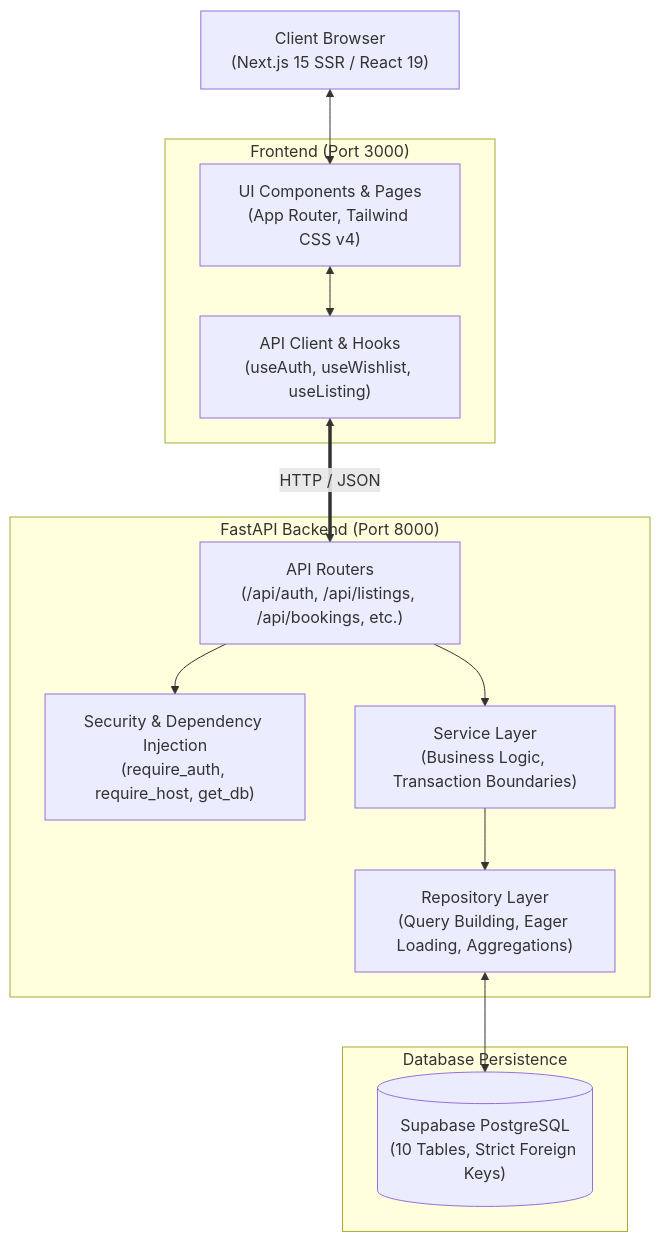
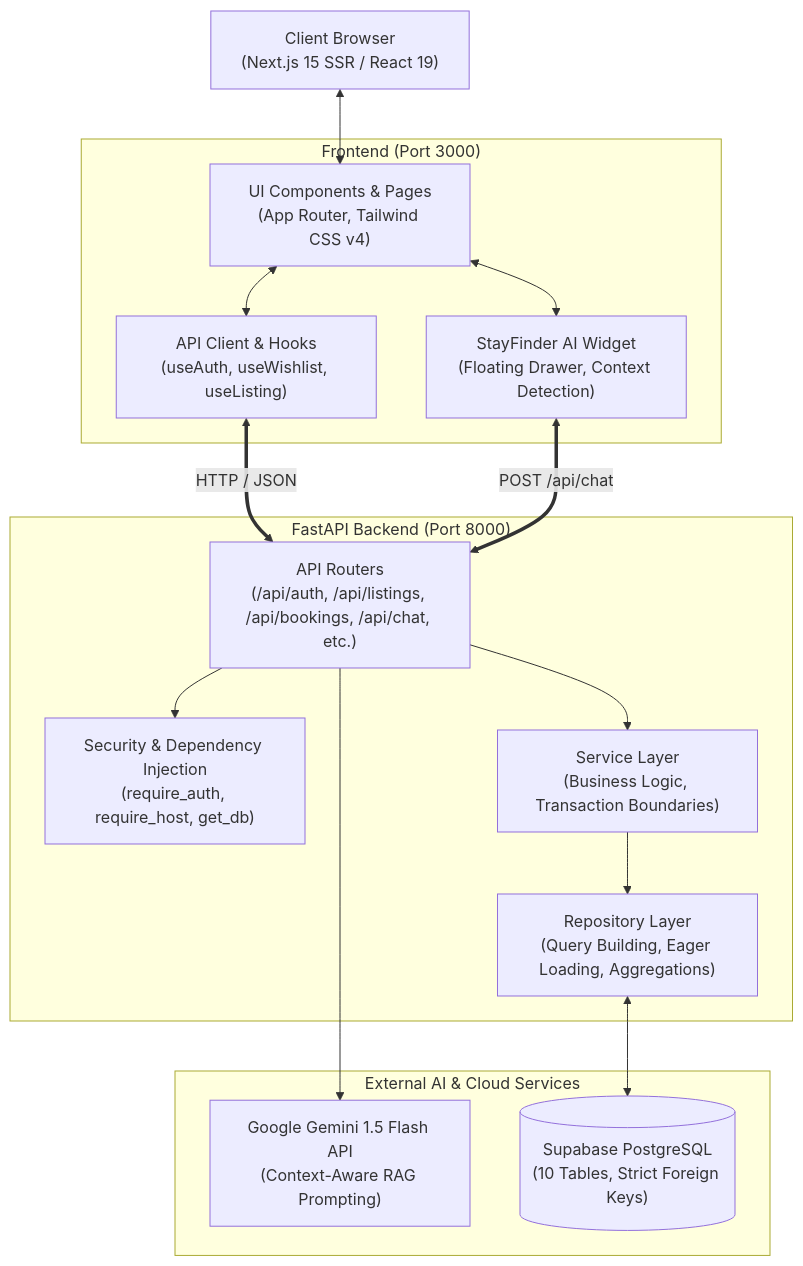
One commit to Aditya30ag/airbnb-booking-app changed the first of 5 diagrams in README.md. Above: the diagram before and after it, drawn with Mermaid. The commit also changed other lines of this file and 145 other files, not shown here.

````diff
--- a/README.md
+++ b/README.md
@@ -13,28 +13,33 @@
 ```mermaid
 flowchart TD
     Client["Client Browser\n(Next.js 15 SSR / React 19)"]
     
     subgraph Frontend["Frontend (Port 3000)"]
         Components["UI Components & Pages\n(App Router, Tailwind CSS v4)"]
         ClientAPI["API Client & Hooks\n(useAuth, useWishlist, useListing)"]
+        ChatWidget["StayFinder AI Widget\n(Floating Drawer, Context Detection)"]
     end
     
     subgraph Backend["FastAPI Backend (Port 8000)"]
-        Router["API Routers\n(/api/auth, /api/listings, /api/bookings, etc.)"]
+        Router["API Routers\n(/api/auth, /api/listings, /api/bookings, /api/chat, etc.)"]
         AuthDep["Security & Dependency Injection\n(require_auth, require_host, get_db)"]
         ServiceLayer["Service Layer\n(Business Logic, Transaction Boundaries)"]
         RepoLayer["Repository Layer\n(Query Building, Eager Loading, Aggregations)"]
     end
-    
-    subgraph Database["Database Persistence"]
+
+    subgraph ExternalServices["External AI & Cloud Services"]
+        GeminiAI["Google Gemini 1.5 Flash API\n(Context-Aware RAG Prompting)"]
         Postgres[("Supabase PostgreSQL\n(10 Tables, Strict Foreign Keys)")]
     end
 
     Client <--> Components
     Components <--> ClientAPI
+    Components <--> ChatWidget
     ClientAPI <== HTTP / JSON ==> Router
+    ChatWidget <== POST /api/chat ==> Router
     Router --> AuthDep
     Router --> ServiceLayer
     ServiceLayer --> RepoLayer
+    Router --> GeminiAI
     RepoLayer <--> Postgres
 ```
````
